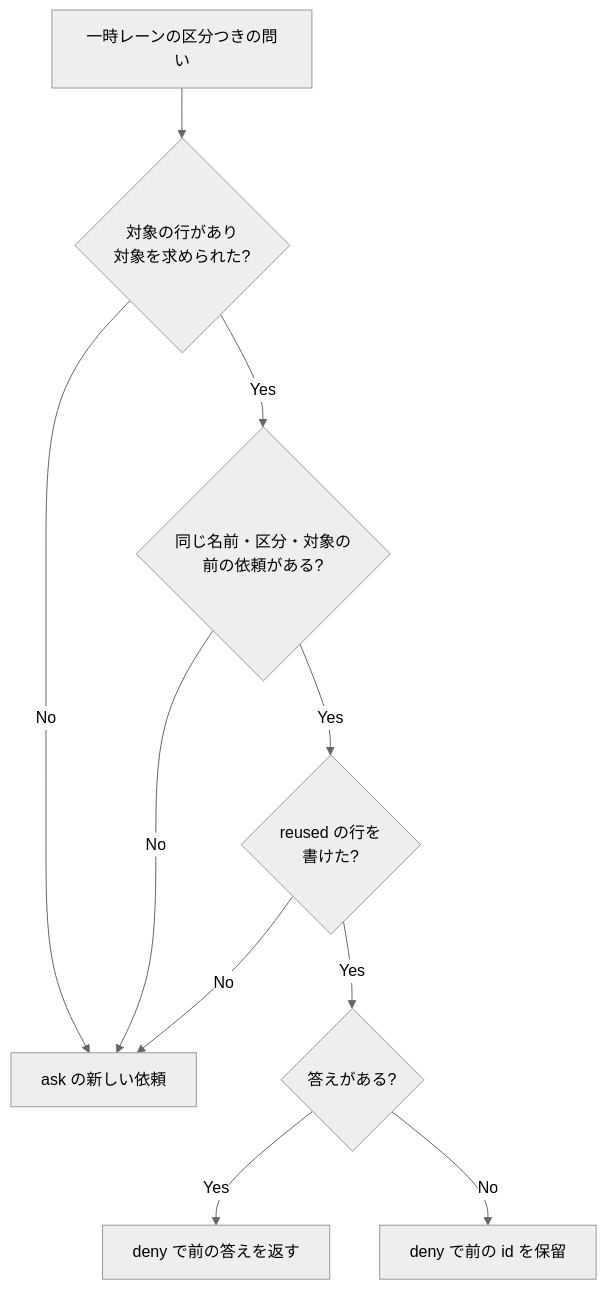
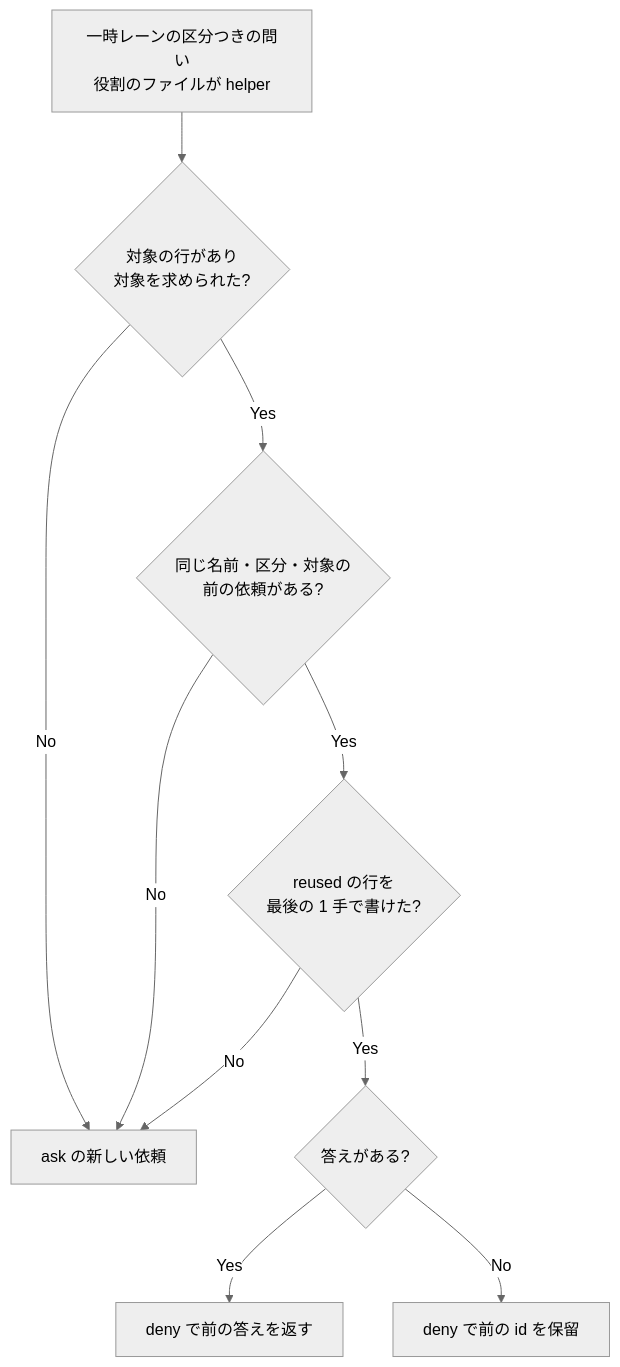
One commit to devbasex/ai-plugins changed the fourth of 4 diagrams in issues/issue-3603-design.md. Above: the diagram before and after it, drawn with Mermaid (neutral theme). The commit also changed other lines of this file and 1 other file, not shown here.

````diff
--- a/issues/issue-3603-design.md
+++ b/issues/issue-3603-design.md
@@ -281,12 +296,12 @@
 ```mermaid
 graph TD
-    A[一時レーンの区分つきの問い] --> B{対象の行があり<br/>対象を求められた?}
+    A[一時レーンの区分つきの問い<br/>役割のファイルが helper] --> B{対象の行があり<br/>対象を求められた?}
     B -->|No| N[ask の新しい依頼]
     B -->|Yes| C{同じ名前・区分・対象の<br/>前の依頼がある?}
     C -->|No| N
-    C -->|Yes| D{reused の行を<br/>書けた?}
+    C -->|Yes| D{reused の行を<br/>最後の 1 手で書けた?}
     D -->|No| N
     D -->|Yes| E{答えがある?}
     E -->|Yes| F[deny で前の答えを返す]
     E -->|No| G[deny で前の id を保留]
 ```
````
